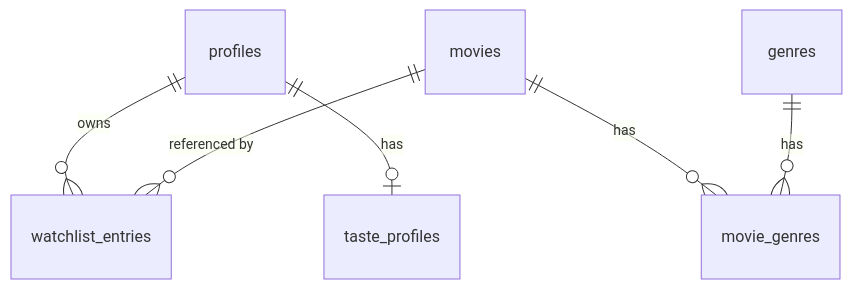
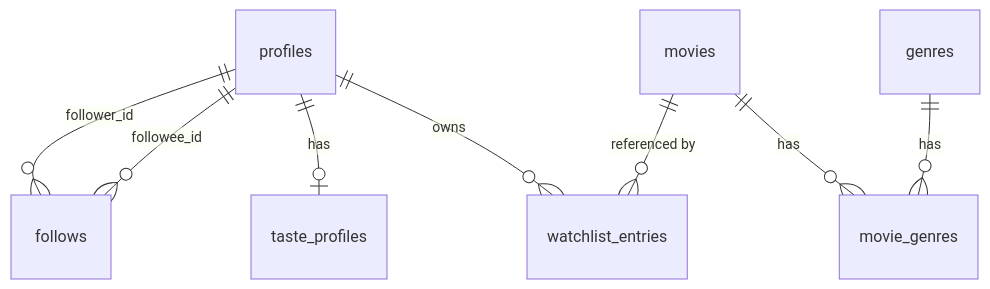
Before and after one commit to IshaanKataria/watchlist: the diagram in README.md, drawn with Mermaid. The commit also changed other lines of this file, not shown here.

Commit message:
docs: document follows in the security model

````diff
--- a/README.md
+++ b/README.md
@@ -46,8 +46,10 @@
 ```mermaid
 erDiagram
   profiles ||--o{ watchlist_entries : owns
   profiles ||--o| taste_profiles : has
   movies ||--o{ watchlist_entries : "referenced by"
   movies ||--o{ movie_genres : has
   genres ||--o{ movie_genres : has
+  profiles ||--o{ follows : "follower_id"
+  profiles ||--o{ follows : "followee_id"
 ```
````
